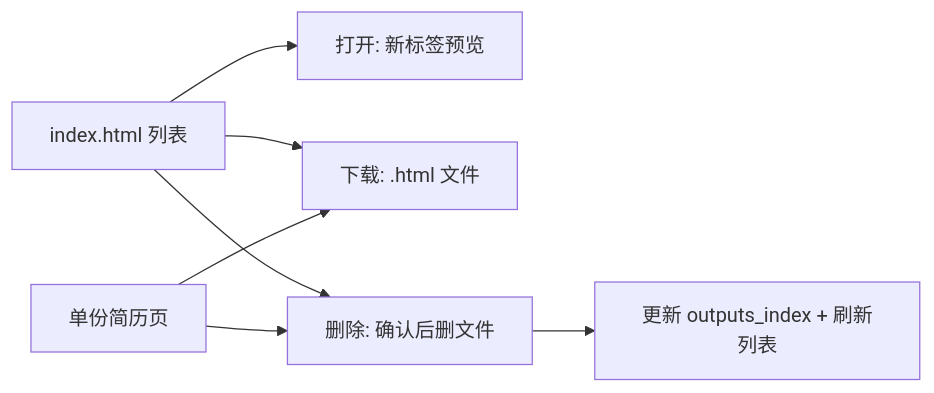
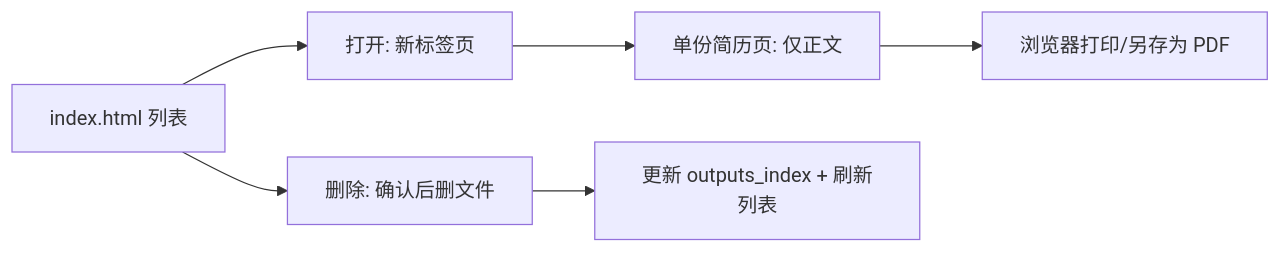
Before and after one commit to CatNum/AI-Optimized-Resume-V2: the diagram in docs/prd/B07. 流程-HTML 交付 PRD.md, drawn with Mermaid. The commit also changed other lines of this file and 15 other files, not shown here.

````diff
--- a/docs/prd/B07. 流程-HTML 交付 PRD.md
+++ b/docs/prd/B07. 流程-HTML 交付 PRD.md
@@ -72,9 +80,8 @@
 ```mermaid
 flowchart LR
-  Index[index.html 列表] --> Open[打开: 新标签预览]
-  Index --> Down[下载: .html 文件]
+  Index[index.html 列表] --> Open[打开: 新标签页]
+  Open --> Page[单份简历页: 仅正文]
+  Page --> Print[浏览器打印/另存为 PDF]
   Index --> Del[删除: 确认后删文件]
   Del --> Sync[更新 outputs_index + 刷新列表]
-  Page[单份简历页] --> Down
-  Page --> Del
 ```
````
